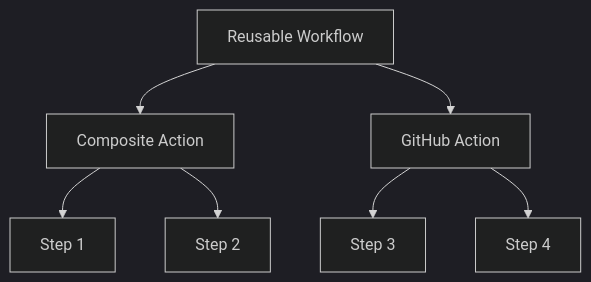
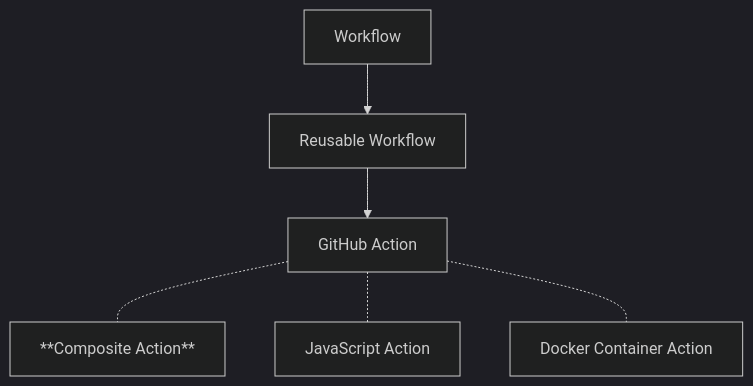
The diagram in README.md (devantler-tech/workflows), drawn with Mermaid (dark theme) before and after one commit.

Commit message:
fix: update diagram in README to accurately represent workflow relationships

````diff
--- a/README.md
+++ b/README.md
@@ -10,9 +10,8 @@
 ```mermaid
 graph TD
-  A[Reusable Workflow] --> B[Composite Action]
-  A --> C[GitHub Action]
-  B --> D[Step 1]
-  B --> E[Step 2]
-  C --> F[Step 3]
-  C --> G[Step 4]
+  A[Workflow] --> B[Reusable Workflow]
+  B --> C[GitHub Action]
+  C -.- D[**Composite Action**]
+  C -.- E[JavaScript Action]
+  C -.- F[Docker Container Action]
 ```
````
